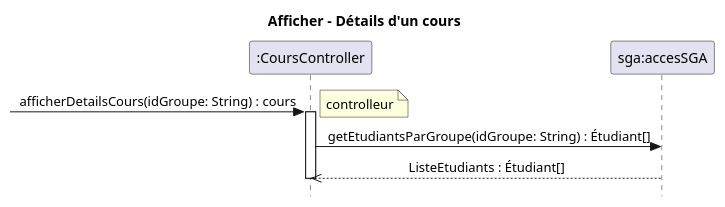
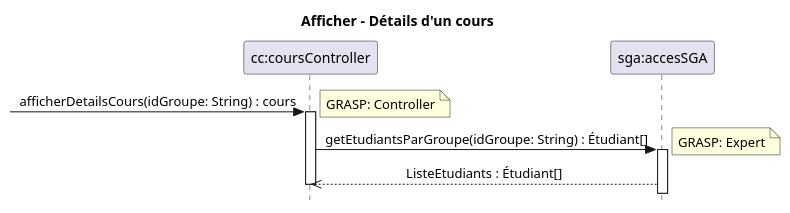
The diagram in docs/modeles/cu01/rdcu-afficherDetailsCours.puml (xMrYahya/moodle-clone), drawn with PlantUML before and after one commit. The commit also changed 17 other files, not shown here.

```diff
--- a/docs/modeles/cu01/rdcu-afficherDetailsCours.puml
+++ b/docs/modeles/cu01/rdcu-afficherDetailsCours.puml
@@ -1,16 +1,18 @@
 @startuml
 title Afficher - Détails d'un cours
 skinparam Style strictuml
 skinparam sequenceMessageAlign center
 
-participant ":CoursController"  as CoursController
+participant "cc:coursController"  as cc
 participant "sga:accesSGA" as sga
 
- -> CoursController : afficherDetailsCours(idGroupe: String) : cours
-note right: controlleur
-activate CoursController
-CoursController -> sga : getEtudiantsParGroupe(idGroupe: String) : Étudiant[]
-sga -->> CoursController : ListeEtudiants : Étudiant[]
+ -> cc : afficherDetailsCours(idGroupe: String) : cours
+note right: GRASP: Controller
+activate cc
+cc -> sga : getEtudiantsParGroupe(idGroupe: String) : Étudiant[]
+note right: GRASP: Expert
+activate sga
+sga -->> cc : ListeEtudiants : Étudiant[]
 
-deactivate CoursController
+deactivate cc
 @enduml
```
